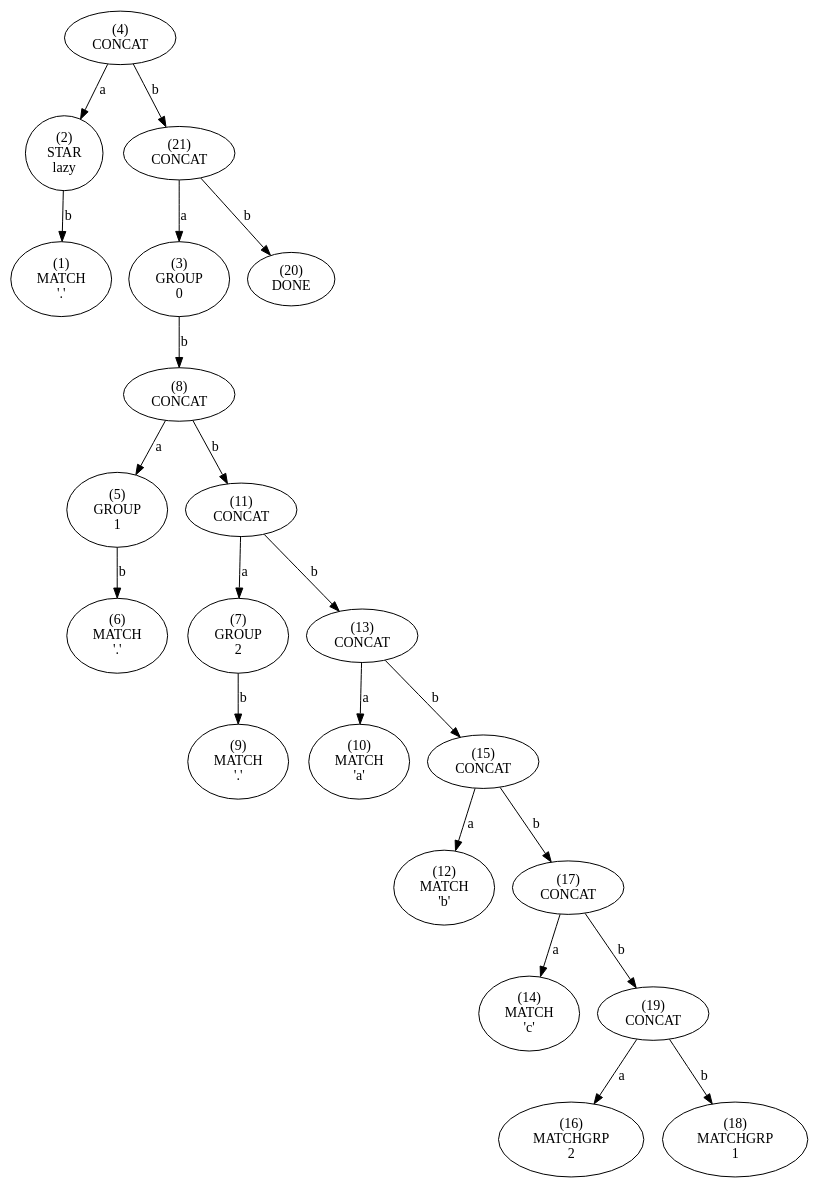
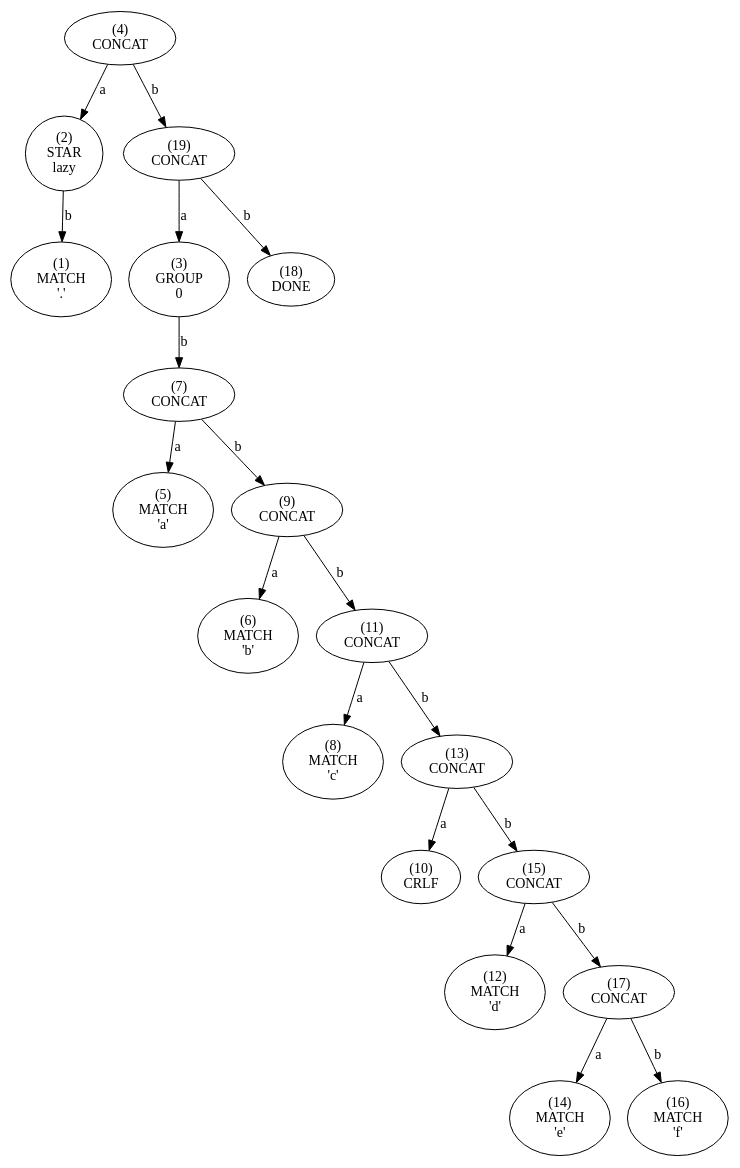
Before and after one commit to essele/rele: the diagram in tree.dot, drawn with Graphviz. The commit also changed 3 other files, not shown here.

```diff
--- a/tree.dot
+++ b/tree.dot
@@ -1,85 +1,77 @@
 digraph tree {
-    n0x4a8f0d0 [label="(4)
+    n0xb965b7ba1330 [label="(4)
 CONCAT
 "];
-    n0x4a8f0d0 -> n0x4a8f090 [label="a"];
-    n0x4a8f090 [label="(2)
+    n0xb965b7ba1330 -> n0xb965b7ba12f0 [label="a"];
+    n0xb965b7ba12f0 [label="(2)
 STAR
 lazy"];
-    n0x4a8f090 -> n0x4a8f070 [label="b"];
-    n0x4a8f070 [label="(1)
+    n0xb965b7ba12f0 -> n0xb965b7ba12d0 [label="b"];
+    n0xb965b7ba12d0 [label="(1)
 MATCH
 '.'"];
-    n0x4a8f0d0 -> n0x4a8f2f0 [label="b"];
-    n0x4a8f2f0 [label="(21)
+    n0xb965b7ba1330 -> n0xb965b7ba1510 [label="b"];
+    n0xb965b7ba1510 [label="(19)
 CONCAT
 "];
-    n0x4a8f2f0 -> n0x4a8f0b0 [label="a"];
-    n0x4a8f0b0 [label="(3)
+    n0xb965b7ba1510 -> n0xb965b7ba1310 [label="a"];
+    n0xb965b7ba1310 [label="(3)
 GROUP
 0"];
-    n0x4a8f0b0 -> n0x4a8f150 [label="b"];
-    n0x4a8f150 [label="(8)
+    n0xb965b7ba1310 -> n0xb965b7ba1390 [label="b"];
+    n0xb965b7ba1390 [label="(7)
 CONCAT
 "];
-    n0x4a8f150 -> n0x4a8f0f0 [label="a"];
-    n0x4a8f0f0 [label="(5)
-GROUP
-1"];
-    n0x4a8f0f0 -> n0x4a8f110 [label="b"];
-    n0x4a8f110 [label="(6)
+    n0xb965b7ba1390 -> n0xb965b7ba1350 [label="a"];
+    n0xb965b7ba1350 [label="(5)
 MATCH
-'.'"];
-    n0x4a8f150 -> n0x4a8f1b0 [label="b"];
-    n0x4a8f1b0 [label="(11)
+'a'"];
+    n0xb965b7ba1390 -> n0xb965b7ba13d0 [label="b"];
+    n0xb965b7ba13d0 [label="(9)
 CONCAT
 "];
-    n0x4a8f1b0 -> n0x4a8f130 [label="a"];
-    n0x4a8f130 [label="(7)
-GROUP
-2"];
-    n0x4a8f130 -> n0x4a8f170 [label="b"];
-    n0x4a8f170 [label="(9)
+    n0xb965b7ba13d0 -> n0xb965b7ba1370 [label="a"];
+    n0xb965b7ba1370 [label="(6)
 MATCH
-'.'"];
-    n0x4a8f1b0 -> n0x4a8f1f0 [label="b"];
-    n0x4a8f1f0 [label="(13)
+'b'"];
+    n0xb965b7ba13d0 -> n0xb965b7ba1410 [label="b"];
+    n0xb965b7ba1410 [label="(11)
 CONCAT
 "];
-    n0x4a8f1f0 -> n0x4a8f190 [label="a"];
-    n0x4a8f190 [label="(10)
+    n0xb965b7ba1410 -> n0xb965b7ba13b0 [label="a"];
+    n0xb965b7ba13b0 [label="(8)
 MATCH
-'a'"];
-    n0x4a8f1f0 -> n0x4a8f230 [label="b"];
-    n0x4a8f230 [label="(15)
+'c'"];
+    n0xb965b7ba1410 -> n0xb965b7ba1450 [label="b"];
+    n0xb965b7ba1450 [label="(13)
 CONCAT
 "];
-    n0x4a8f230 -> n0x4a8f1d0 [label="a"];
-    n0x4a8f1d0 [label="(12)
-MATCH
-'b'"];
-    n0x4a8f230 -> n0x4a8f270 [label="b"];
-    n0x4a8f270 [label="(17)
+    n0xb965b7ba1450 -> n0xb965b7ba13f0 [label="a"];
+    n0xb965b7ba13f0 [label="(10)
+CRLF
+"];
+    n0xb965b7ba1450 -> n0xb965b7ba1490 [label="b"];
+    n0xb965b7ba1490 [label="(15)
 CONCAT
 "];
-    n0x4a8f270 -> n0x4a8f210 [label="a"];
-    n0x4a8f210 [label="(14)
+    n0xb965b7ba1490 -> n0xb965b7ba1430 [label="a"];
+    n0xb965b7ba1430 [label="(12)
 MATCH
-'c'"];
-    n0x4a8f270 -> n0x4a8f2b0 [label="b"];
-    n0x4a8f2b0 [label="(19)
+'d'"];
+    n0xb965b7ba1490 -> n0xb965b7ba14d0 [label="b"];
+    n0xb965b7ba14d0 [label="(17)
 CONCAT
 "];
-    n0x4a8f2b0 -> n0x4a8f250 [label="a"];
-    n0x4a8f250 [label="(16)
-MATCHGRP
-2"];
-    n0x4a8f2b0 -> n0x4a8f290 [label="b"];
-    n0x4a8f290 [label="(18)
-MATCHGRP
-1"];
-    n0x4a8f2f0 -> n0x4a8f2d0 [label="b"];
-    n0x4a8f2d0 [label="(20)
+    n0xb965b7ba14d0 -> n0xb965b7ba1470 [label="a"];
+    n0xb965b7ba1470 [label="(14)
+MATCH
+'e'"];
+    n0xb965b7ba14d0 -> n0xb965b7ba14b0 [label="b"];
+    n0xb965b7ba14b0 [label="(16)
+MATCH
+'f'"];
+    n0xb965b7ba1510 -> n0xb965b7ba14f0 [label="b"];
+    n0xb965b7ba14f0 [label="(18)
 DONE
 "];
 }
```
